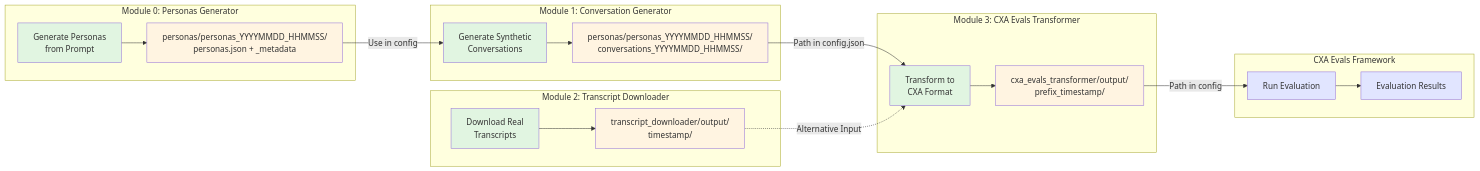
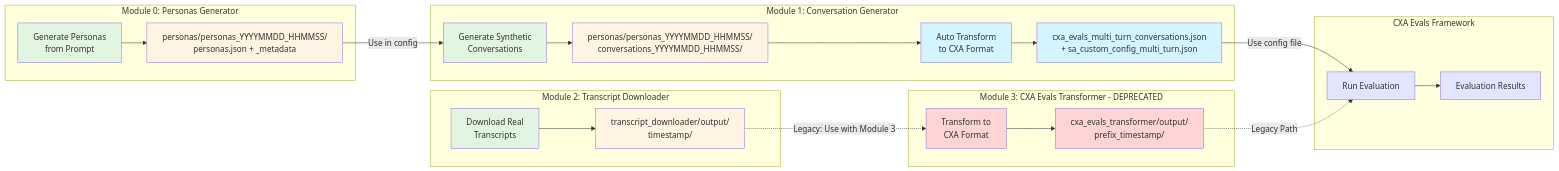
Before and after one commit to taponidhi-ms/simulation-agent-evals: the diagram in README.md, drawn with Mermaid. The commit also changed other lines of this file and 1 other file, not shown here.

Commit message:
Update README files to reflect CXA integration and deprecation

````diff
--- a/README.md
+++ b/README.md
@@ -7,38 +7,42 @@
 ```mermaid
 flowchart LR
     subgraph Module0[Module 0: Personas Generator]
         PA[Generate Personas<br/>from Prompt] --> PB[personas/personas_YYYYMMDD_HHMMSS/<br/>personas.json + _metadata]
     end
     
     subgraph Module1[Module 1: Conversation Generator]
         A[Generate Synthetic<br/>Conversations] --> B[personas/personas_YYYYMMDD_HHMMSS/<br/>conversations_YYYYMMDD_HHMMSS/]
+        B --> B1[Auto Transform<br/>to CXA Format]
+        B1 --> B2[cxa_evals_multi_turn_conversations.json<br/>+ sa_custom_config_multi_turn.json]
     end
     
     subgraph Module2[Module 2: Transcript Downloader]
         C[Download Real<br/>Transcripts] --> D[transcript_downloader/output/<br/>timestamp/]
     end
     
-    subgraph Module3[Module 3: CXA Evals Transformer]
+    subgraph Module3[Module 3: CXA Evals Transformer - DEPRECATED]
         E[Transform to<br/>CXA Format] --> F[cxa_evals_transformer/output/<br/>prefix_timestamp/]
     end
     
     subgraph External[CXA Evals Framework]
         G[Run Evaluation] --> H[Evaluation Results]
     end
     
     PB -->|Use in config| A
-    B -->|Path in config.json| E
-    D -.->|Alternative Input| E
-    F -->|Path in config| G
+    B2 -->|Use config file| G
+    D -.->|Legacy: Use with Module 3| E
+    F -.->|Legacy Path| G
     
     style PA fill:#e1f5e1
     style A fill:#e1f5e1
     style C fill:#e1f5e1
-    style E fill:#e1f5e1
+    style E fill:#ffd4d4
     style G fill:#e1e5ff
     style PB fill:#fff4e1
     style B fill:#fff4e1
+    style B1 fill:#d4f4ff
+    style B2 fill:#d4f4ff
     style D fill:#fff4e1
-    style F fill:#fff4e1
+    style F fill:#ffd4d4
     style H fill:#e1e5ff
 ```
````
